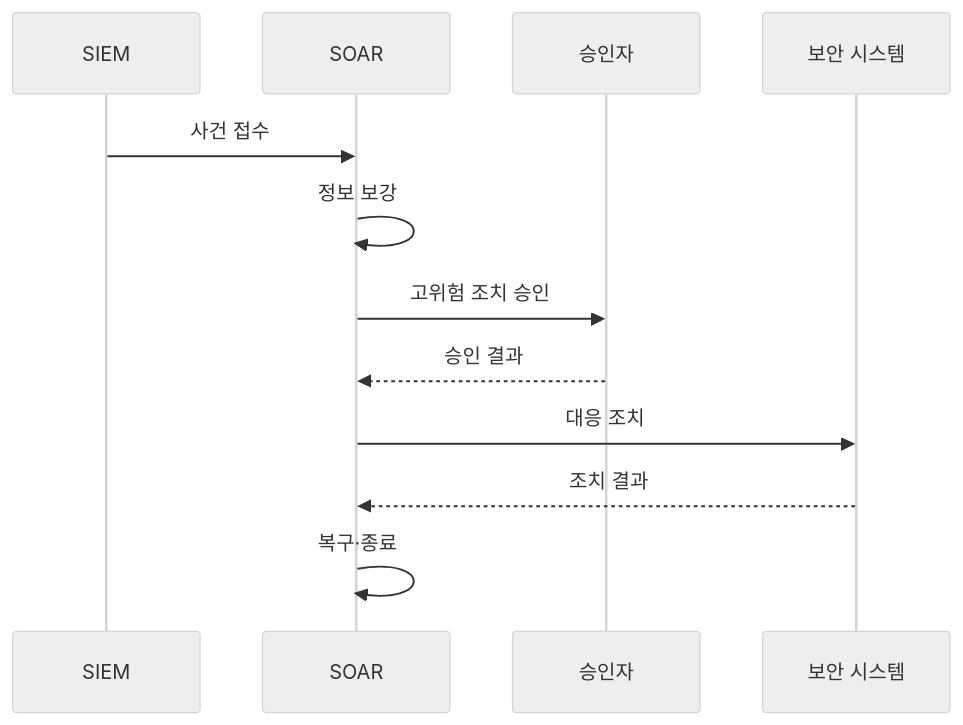
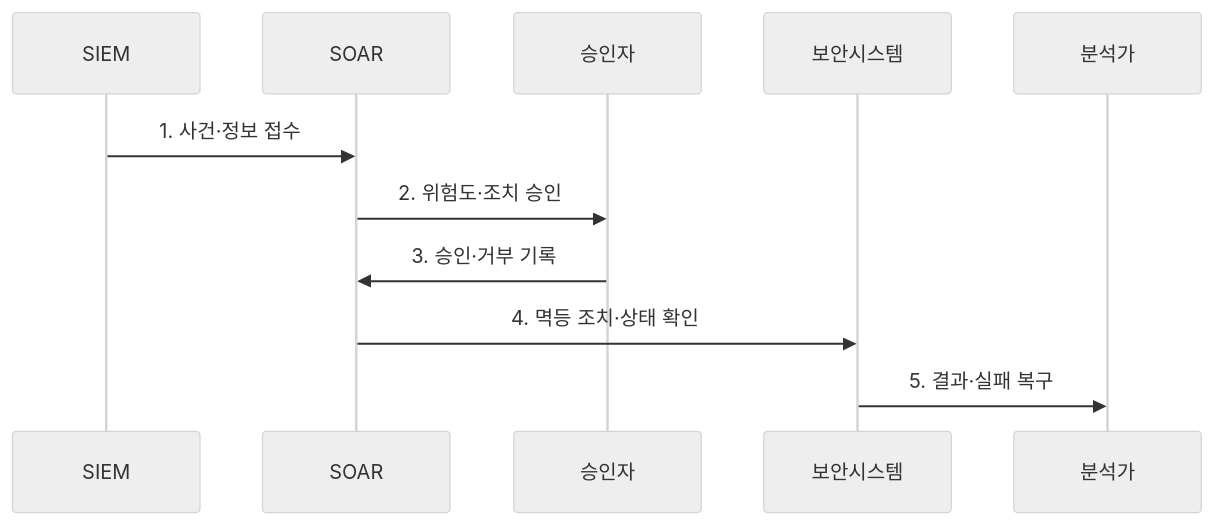
The second of 2 diagrams in src/content/docs/notes/05-security/036_soar.md (agnusdei1207/knowledge-base), drawn with Mermaid (neutral theme) before and after one commit. The commit also changed other lines of this file and 11 other files, not shown here.

````diff
--- a/src/content/docs/notes/05-security/036_soar.md
+++ b/src/content/docs/notes/05-security/036_soar.md
@@ -77,14 +78,13 @@
 ```mermaid
 sequenceDiagram
-    participant S as SIEM
-    participant O as SOAR
-    participant A as 승인자
-    participant T as 보안 시스템
-    S->>O: 사건 접수
-    O->>O: 정보 보강
-    O->>A: 고위험 조치 승인
-    A-->>O: 승인 결과
-    O->>T: 대응 조치
-    T-->>O: 조치 결과
-    O->>O: 복구·종료
+    participant SIEM
+    participant SOAR
+    participant 승인자
+    participant 보안시스템
+    participant 분석가
+    SIEM->>SOAR: 1. 사건·정보 접수
+    SOAR->>승인자: 2. 위험도·조치 승인
+    승인자->>SOAR: 3. 승인·거부 기록
+    SOAR->>보안시스템: 4. 멱등 조치·상태 확인
+    보안시스템->>분석가: 5. 결과·실패 복구
 ```
````
